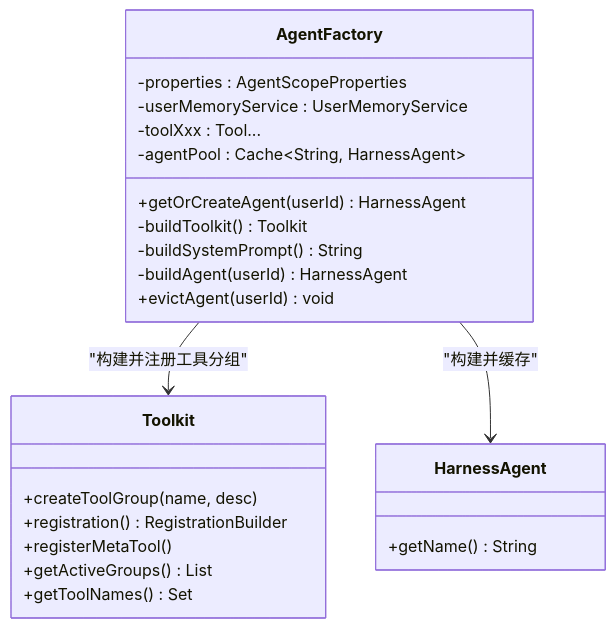
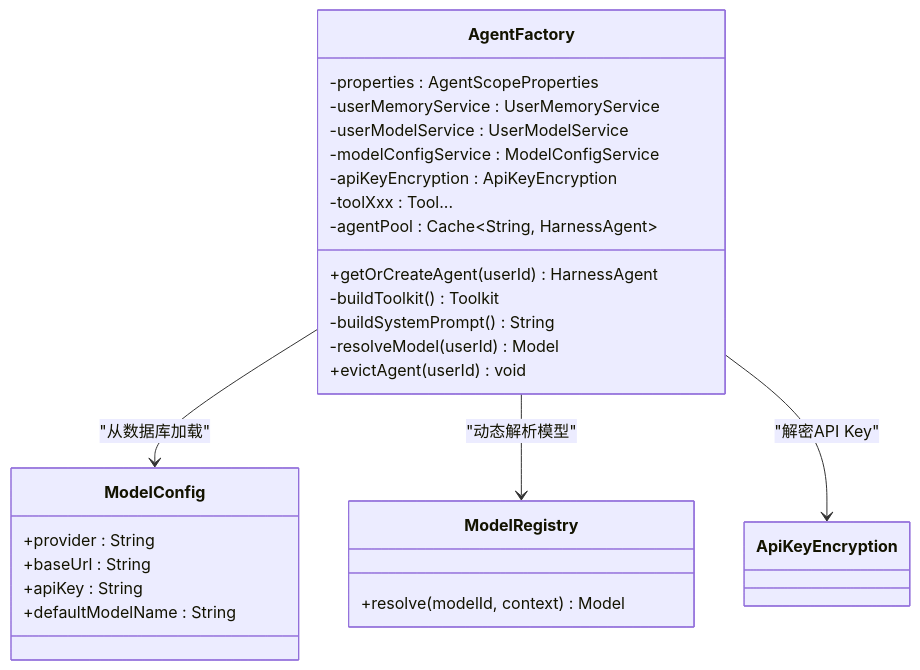
The fifth of 5 diagrams in .qoder/repowiki/zh/content/关键配置类代码导读.md (Miss-zhi/OfferPilot), drawn with Mermaid before and after one commit. The commit also changed other lines of this file and 117 other files, not shown here.

````diff
--- a/.qoder/repowiki/zh/content/关键配置类代码导读.md
+++ b/.qoder/repowiki/zh/content/关键配置类代码导读.md
@@ -191,26 +313,29 @@
 ```mermaid
 classDiagram
 class AgentFactory {
 -properties : AgentScopeProperties
 -userMemoryService : UserMemoryService
+-userModelService : UserModelService
+-modelConfigService : ModelConfigService
+-apiKeyEncryption : ApiKeyEncryption
 -toolXxx : Tool...
 -agentPool : Cache~String, HarnessAgent~
 +getOrCreateAgent(userId) HarnessAgent
 -buildToolkit() Toolkit
 -buildSystemPrompt() String
--buildAgent(userId) HarnessAgent
+-resolveModel(userId) Model
 +evictAgent(userId) void
 }
-class Toolkit {
-+createToolGroup(name, desc)
-+registration() RegistrationBuilder
-+registerMetaTool()
-+getActiveGroups() List
-+getToolNames() Set
+class ModelConfig {
++provider : String
++baseUrl : String
++apiKey : String
++defaultModelName : String
 }
-class HarnessAgent {
-+getName() String
+class ModelRegistry {
++resolve(modelId, context) Model
 }
-AgentFactory --> Toolkit : "构建并注册工具分组"
-AgentFactory --> HarnessAgent : "构建并缓存"
+AgentFactory --> ModelConfig : "从数据库加载"
+AgentFactory --> ModelRegistry : "动态解析模型"
+AgentFactory --> ApiKeyEncryption : "解密API Key"
 ```
````
